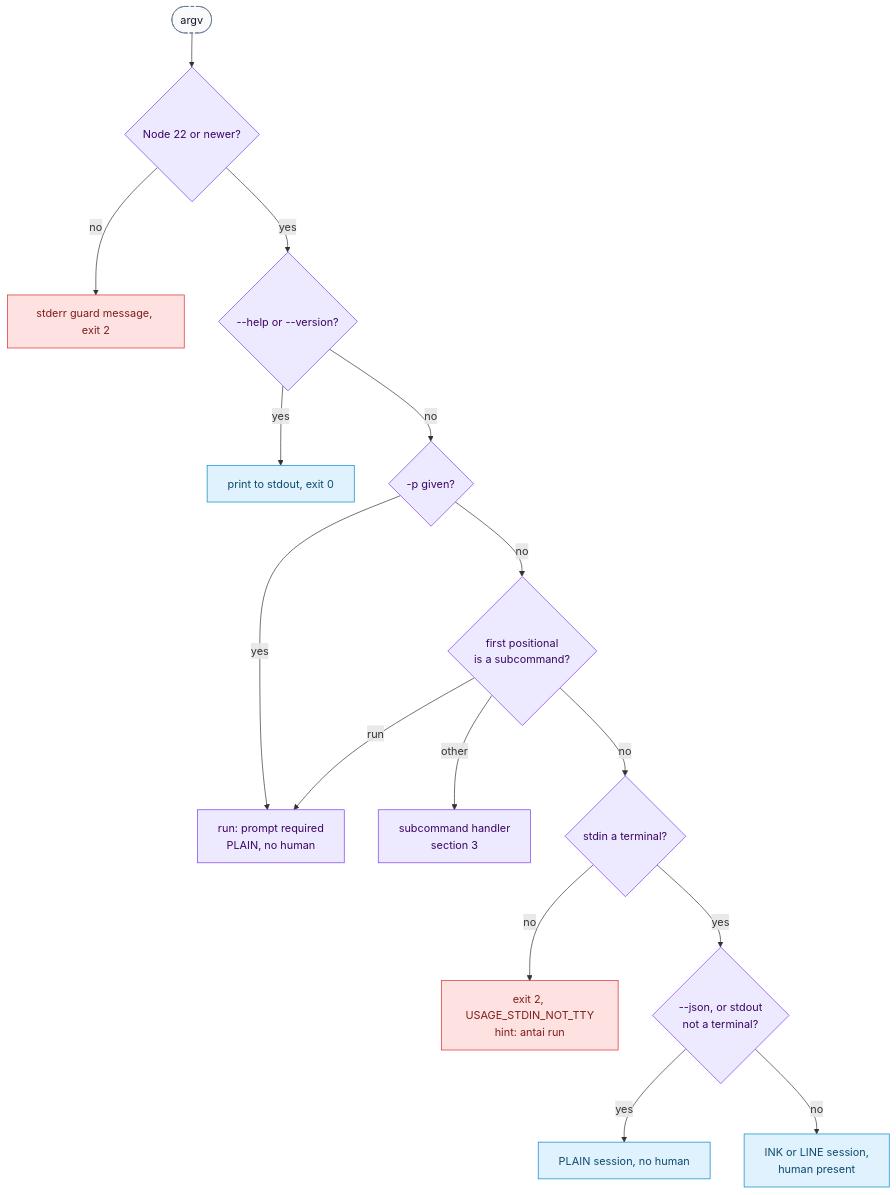
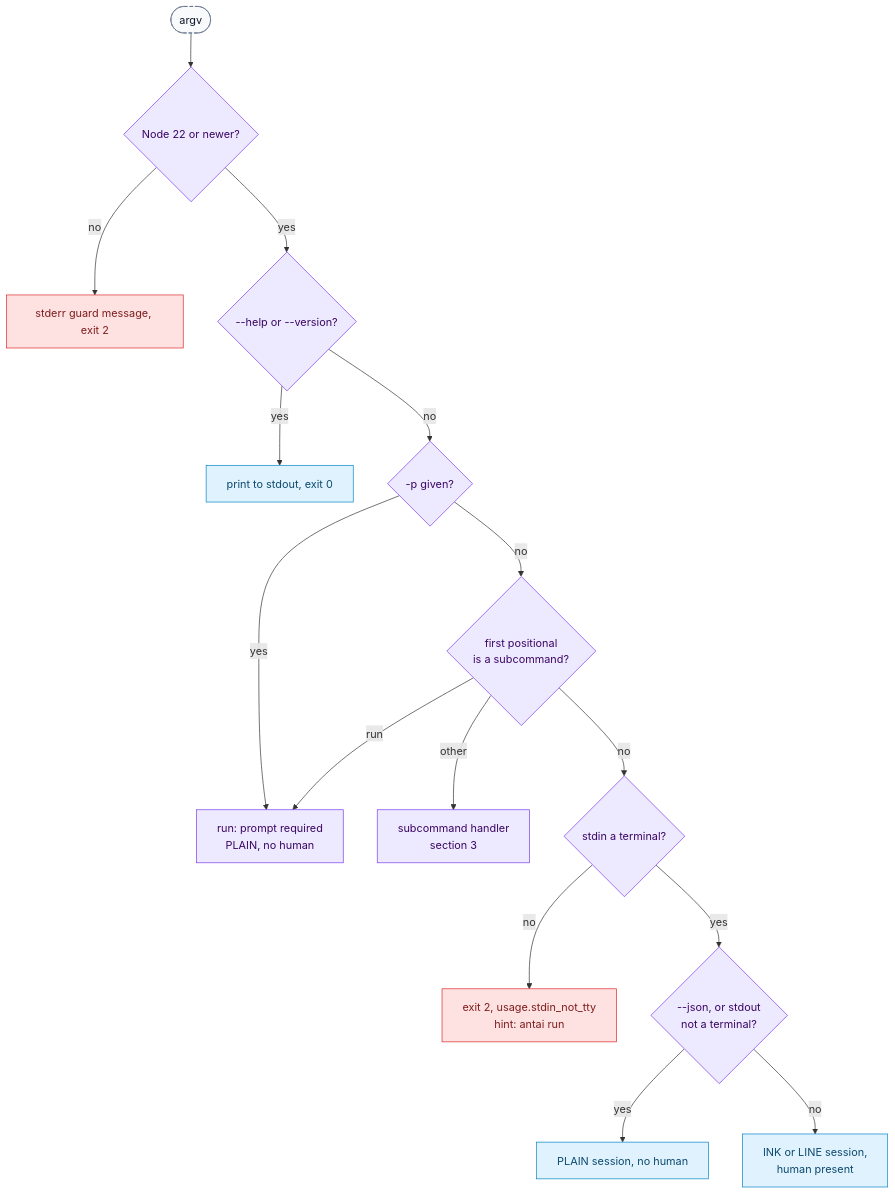
Before and after one commit to Dakshnagpal/antai-agent: the third of 6 diagrams in docs/Deliverables/12_cli_commands_tools_reference.md, drawn with Mermaid. The commit also changed other lines of this file and 18 other files, not shown here.

````diff
--- a/docs/Deliverables/12_cli_commands_tools_reference.md
+++ b/docs/Deliverables/12_cli_commands_tools_reference.md
@@ -194,25 +197,25 @@
 ```mermaid
 flowchart TB
     A(["argv"]) --> NV{"Node 22 or newer?"}
     NV -- "no" --> X0["stderr guard message, exit 2"]
     NV -- "yes" --> HV{"--help or --version?"}
     HV -- "yes" --> P0["print to stdout, exit 0"]
     HV -- "no" --> PF{"-p given?"}
     PF -- "yes" --> RUN
     PF -- "no" --> SB{"first positional<br/>is a subcommand?"}
     SB -- "run" --> RUN["run: prompt required<br/>PLAIN, no human"]
     SB -- "other" --> SUBC["subcommand handler<br/>section 3"]
     SB -- "no" --> TT{"stdin a terminal?"}
-    TT -- "no" --> X2["exit 2, USAGE_STDIN_NOT_TTY<br/>hint: antai run"]
+    TT -- "no" --> X2["exit 2, usage.stdin_not_tty<br/>hint: antai run"]
     TT -- "yes" --> JS{"--json, or stdout<br/>not a terminal?"}
     JS -- "yes" --> PL["PLAIN session, no human"]
     JS -- "no" --> IK["INK or LINE session,<br/>human present"]
     classDef orch fill:#ede9fe,stroke:#7c3aed,color:#3b0764
     classDef ui fill:#e0f2fe,stroke:#0284c7,color:#0c4a6e
     classDef safety fill:#fee2e2,stroke:#dc2626,color:#7f1d1d
     classDef ext fill:#f8fafc,stroke:#64748b,color:#0f172a,stroke-dasharray:5 3
     class NV,HV,PF,SB,TT,JS,RUN,SUBC orch
     class P0,PL,IK ui
     class X0,X2 safety
     class A ext
 ```
````
